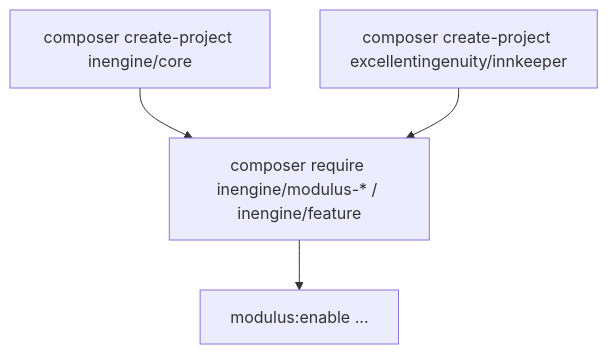
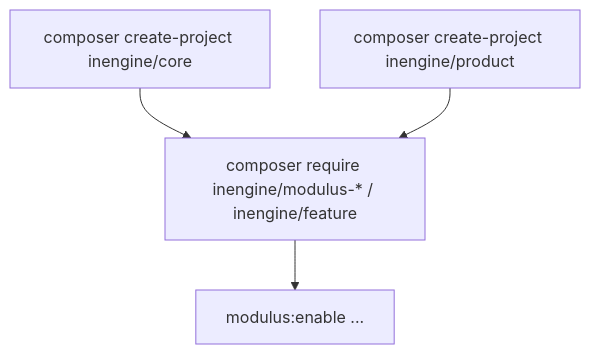
Before and after one commit to InEngine/Documentation: the diagram in Distribution and Installation.md, drawn with Mermaid. The commit also changed other lines of this file and 3 other files, not shown here.

First line of the commit message:
docs: remove product-specific Innkeeper and Provost references

````diff
--- a/Distribution and Installation.md
+++ b/Distribution and Installation.md
@@ -45,10 +45,10 @@
 ```mermaid
 flowchart TB
   createCore["composer create-project inengine/core"]
-  createProduct["composer create-project excellentingenuity/innkeeper"]
+  createProduct["composer create-project inengine/product"]
   requireMod["composer require inengine/modulus-* / inengine/feature"]
   enable["modulus:enable ..."]
   createCore --> requireMod
   createProduct --> requireMod
   requireMod --> enable
 ```
````
